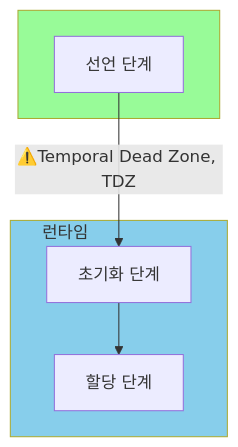
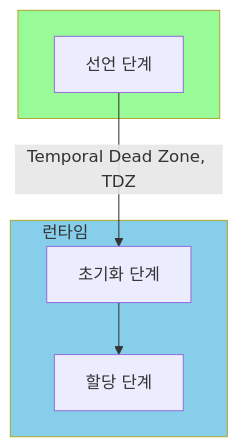
Before and after one commit to namu56/modern-javascript-study: the second of 2 diagrams in 05주차/[5주차]_황재경/[15장]_let, const 키워드와 블록 레벨 스코프.md, drawn with Mermaid.

Commit message:
docs(황재경): mermaid code error 수정

````diff
--- a/05주차/[5주차]_황재경/[15장]_let, const 키워드와 블록 레벨 스코프.md
+++ b/05주차/[5주차]_황재경/[15장]_let, const 키워드와 블록 레벨 스코프.md
@@ -40,16 +40,16 @@
         ```mermaid
         graph TD
             subgraph A[ ]
                 A1[선언 단계]
             end
-
+            
             subgraph B[런타임ㅤㅤㅤㅤㅤㅤㅤ]
                 B1[초기화 단계]
                 B2[할당 단계]
             end
-
-            A1 -->|⚠️Temporal Dead Zone, TDZ| B1 --> B2
-
+            
+            A1 -->|Temporal Dead Zone, TDZ| B1 --> B2
+            
             style A fill:#98FB98
             style B fill:#87CEEB
         ```
````
